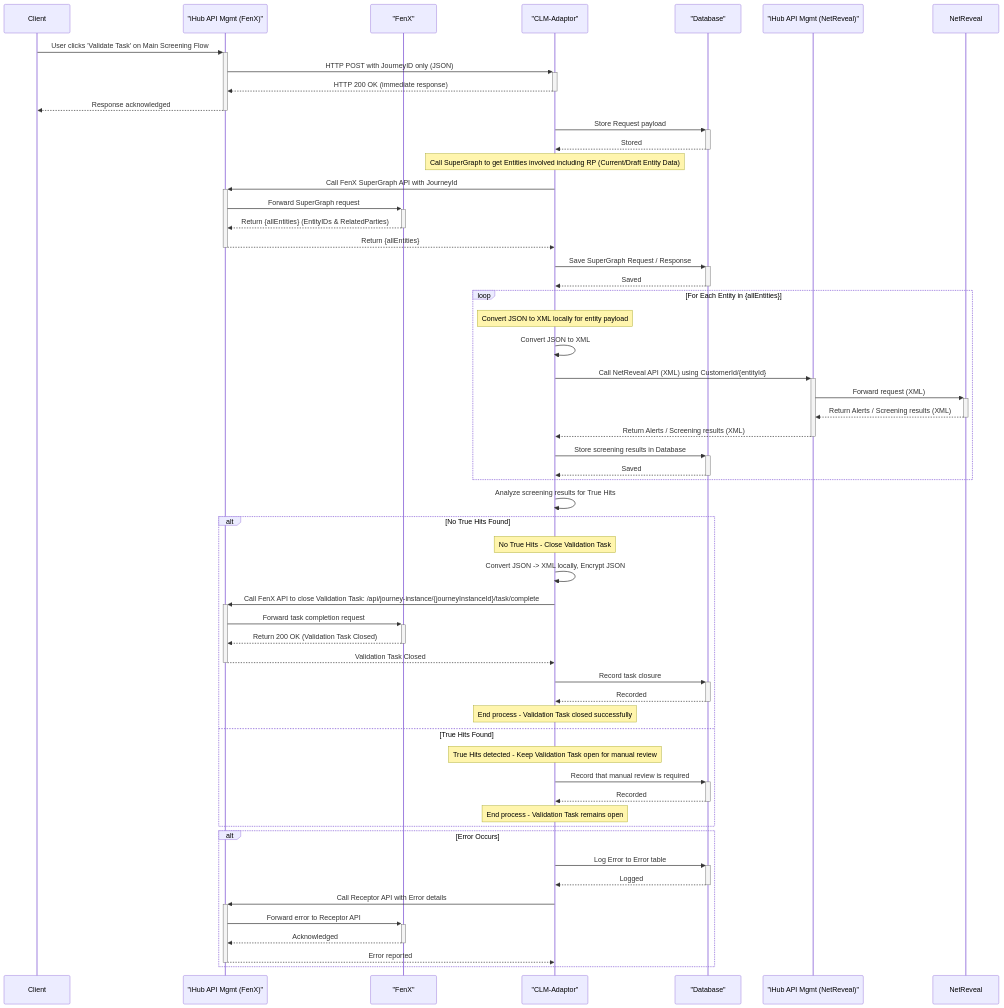
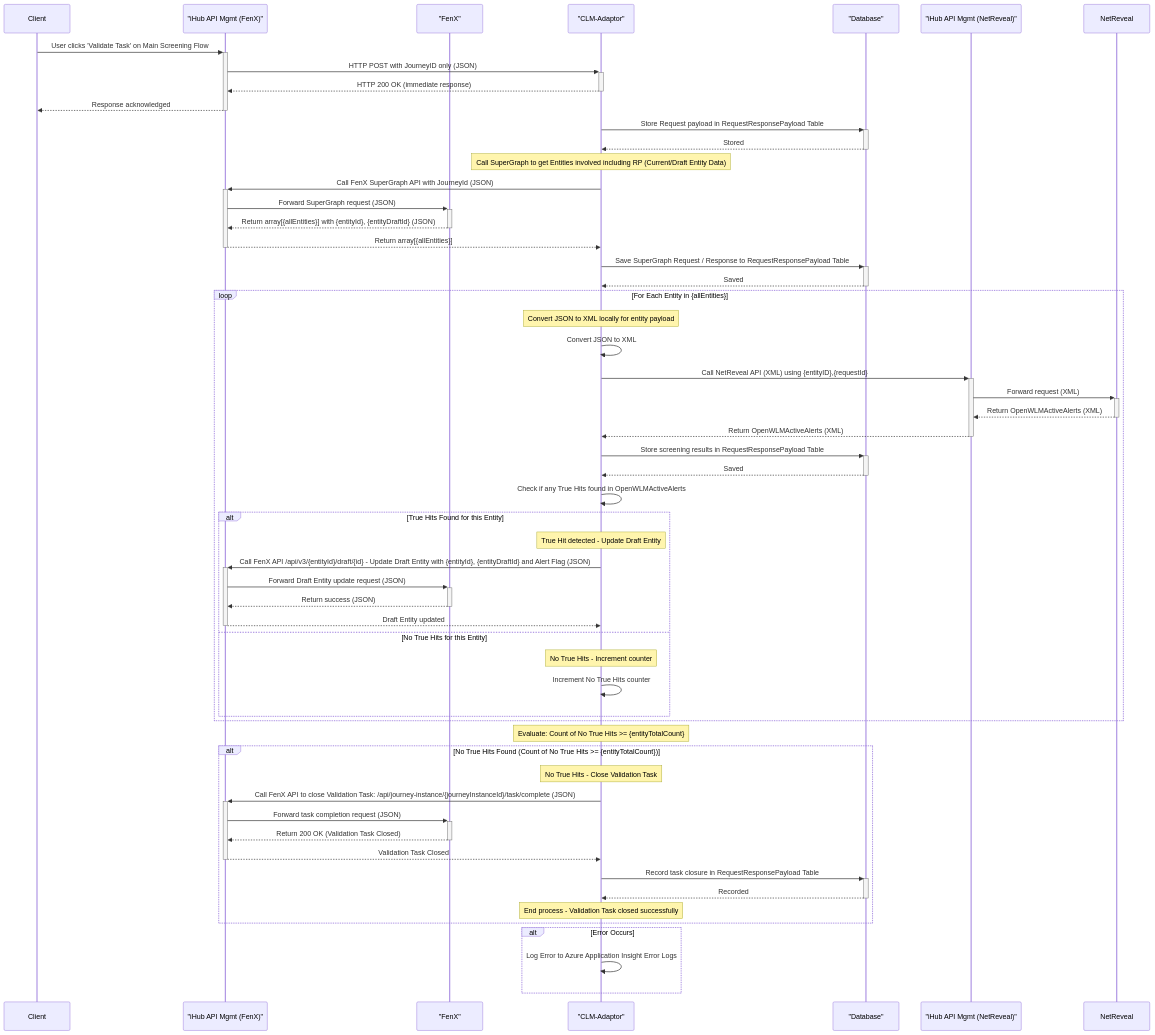
Before and after one commit to jojokoshy/Architecture_Diagrams_Python_AI: the diagram in Arch_Diagrams/v2/validateflow-sequence.mmd, drawn with Mermaid. The commit also changed 5 other files, not shown here.

Commit message:
Update validate flow diagrams: enhance clarity in flow descriptions and improve error handling details

```diff
--- a/Arch_Diagrams/v2/validateflow-sequence.mmd
+++ b/Arch_Diagrams/v2/validateflow-sequence.mmd
@@ -1,77 +1,83 @@
 %%{init: {"theme":"default","themeVariables": {"fontSize":"12"}}}%%
 sequenceDiagram
   %% Participants left-to-right for readability
   participant Client
   participant iHubIn as "iHub API Mgmt (FenX)"
   participant FenX as "FenX"
   participant CLMAdaptor as "CLM-Adaptor"
   participant DB as "Database"
   participant iHubOut as "iHub API Mgmt (NetReveal)"
   participant NetReveal
 
   %% Initial request (no encryption)
   Client->>+iHubIn: User clicks 'Validate Task' on Main Screening Flow
   iHubIn->>+CLMAdaptor: HTTP POST with JourneyID only (JSON)
   CLMAdaptor-->>-iHubIn: HTTP 200 OK (immediate response)
   iHubIn-->>-Client: Response acknowledged
   
   %% Store request
-  CLMAdaptor->>+DB: Store Request payload
+  CLMAdaptor->>+DB: Store Request payload in RequestResponsePayload Table
   DB-->>-CLMAdaptor: Stored
   
   %% Call FenX SuperGraph API to get Current/Draft Entities
   Note over CLMAdaptor: Call SuperGraph to get Entities involved including RP (Current/Draft Entity Data)
-  CLMAdaptor->>+iHubIn: Call FenX SuperGraph API with JourneyId
-  iHubIn->>+FenX: Forward SuperGraph request
-  FenX-->>-iHubIn: Return {allEntities} (EntityIDs & RelatedParties)
-  iHubIn-->>-CLMAdaptor: Return {allEntities}
-  CLMAdaptor->>+DB: Save SuperGraph Request / Response
+  CLMAdaptor->>+iHubIn: Call FenX SuperGraph API with JourneyId (JSON)
+  iHubIn->>+FenX: Forward SuperGraph request (JSON)
+  FenX-->>-iHubIn: Return array[{allEntities}] with {entityId}, {entityDraftId} (JSON)
+  iHubIn-->>-CLMAdaptor: Return array[{allEntities}]
+  CLMAdaptor->>+DB: Save SuperGraph Request / Response to RequestResponsePayload Table
   DB-->>-CLMAdaptor: Saved
   
   %% Loop through all entities
   loop For Each Entity in {allEntities}
     
     %% Prepare to call NetReveal - Convert JSON to XML
     Note over CLMAdaptor: Convert JSON to XML locally for entity payload
     CLMAdaptor->>CLMAdaptor: Convert JSON to XML
     
     %% Call NetReveal API
-    CLMAdaptor->>+iHubOut: Call NetReveal API (XML) using CustomerId/{entityId}
+    CLMAdaptor->>+iHubOut: Call NetReveal API (XML) using {entityID},{requestId}
     iHubOut->>+NetReveal: Forward request (XML)
-    NetReveal-->>-iHubOut: Return Alerts / Screening results (XML)
-    iHubOut-->>-CLMAdaptor: Return Alerts / Screening results (XML)
+    NetReveal-->>-iHubOut: Return OpenWLMActiveAlerts (XML)
+    iHubOut-->>-CLMAdaptor: Return OpenWLMActiveAlerts (XML)
     
     %% Save NetReveal response
-    CLMAdaptor->>+DB: Store screening results in Database
+    CLMAdaptor->>+DB: Store screening results in RequestResponsePayload Table
     DB-->>-CLMAdaptor: Saved
+    
+    %% Check for True Hits per entity
+    CLMAdaptor->>CLMAdaptor: Check if any True Hits found in OpenWLMActiveAlerts
+    
+    alt True Hits Found for this Entity
+      Note over CLMAdaptor: True Hit detected - Update Draft Entity
+      CLMAdaptor->>+iHubIn: Call FenX API /api/v3/{entityId}/draft/{id} - Update Draft Entity with {entityId}, {entityDraftId} and Alert Flag (JSON)
+      iHubIn->>+FenX: Forward Draft Entity update request (JSON)
+      FenX-->>-iHubIn: Return success (JSON)
+      iHubIn-->>-CLMAdaptor: Draft Entity updated
+    else No True Hits for this Entity
+      Note over CLMAdaptor: No True Hits - Increment counter
+      CLMAdaptor->>CLMAdaptor: Increment No True Hits counter
+    end
     
   end
   
-  %% Check for True Hits
-  CLMAdaptor->>CLMAdaptor: Analyze screening results for True Hits
+  %% Check aggregate True Hits count
+  Note over CLMAdaptor: Evaluate: Count of No True Hits >= {entityTotalCount}
   
-  alt No True Hits Found
+  alt No True Hits Found (Count of No True Hits >= {entityTotalCount})
     Note over CLMAdaptor: No True Hits - Close Validation Task
-    CLMAdaptor->>CLMAdaptor: Convert JSON -> XML locally, Encrypt JSON
-    CLMAdaptor->>+iHubIn: Call FenX API to close Validation Task: /api/journey-instance/{journeyInstanceId}/task/complete
-    iHubIn->>+FenX: Forward task completion request
+
+    CLMAdaptor->>+iHubIn: Call FenX API to close Validation Task: /api/journey-instance/{journeyInstanceId}/task/complete (JSON)
+    iHubIn->>+FenX: Forward task completion request (JSON)
     FenX-->>-iHubIn: Return 200 OK (Validation Task Closed)
     iHubIn-->>-CLMAdaptor: Validation Task Closed
-    CLMAdaptor->>+DB: Record task closure
+    CLMAdaptor->>+DB: Record task closure in RequestResponsePayload Table
     DB-->>-CLMAdaptor: Recorded
     Note over CLMAdaptor: End process - Validation Task closed successfully
-  else True Hits Found
-    Note over CLMAdaptor: True Hits detected - Keep Validation Task open for manual review
-    CLMAdaptor->>+DB: Record that manual review is required
-    DB-->>-CLMAdaptor: Recorded
-    Note over CLMAdaptor: End process - Validation Task remains open
+  
   end
 
 alt Error Occurs
-    CLMAdaptor->>+DB: Log Error to Error table
-    DB-->>-CLMAdaptor: Logged
-    CLMAdaptor->>+iHubIn: Call Receptor API with Error details
-    iHubIn->>+FenX: Forward error to Receptor API
-    FenX-->>-iHubIn: Acknowledged
-    iHubIn-->>-CLMAdaptor: Error reported
+    CLMAdaptor->>+CLMAdaptor: Log Error to Azure Application Insight Error Logs
+     
 end
```
